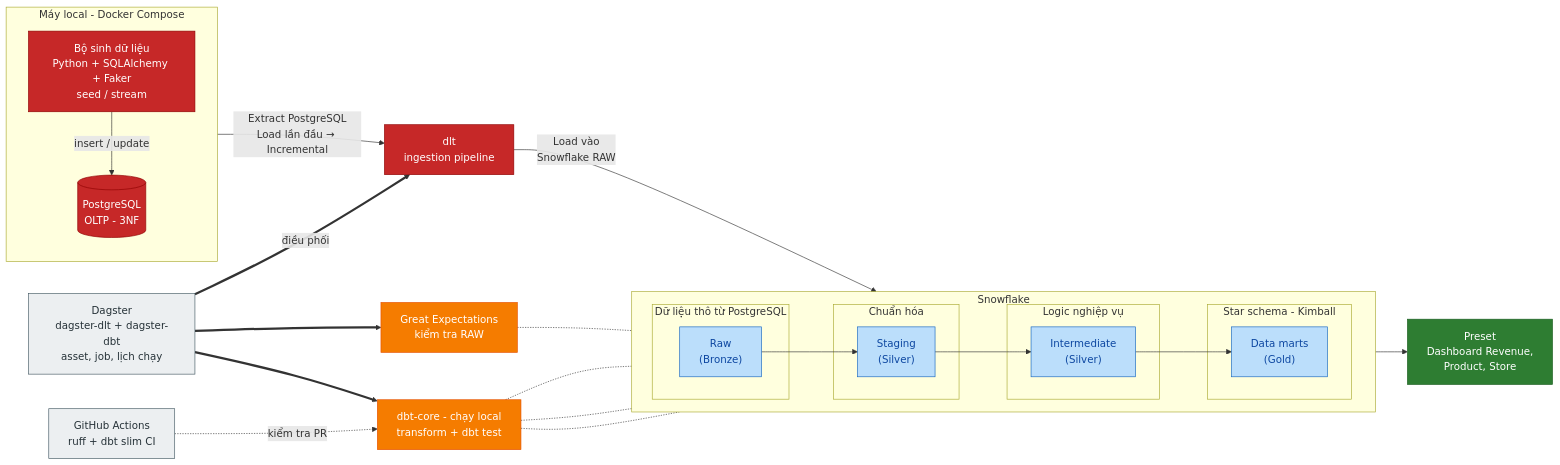
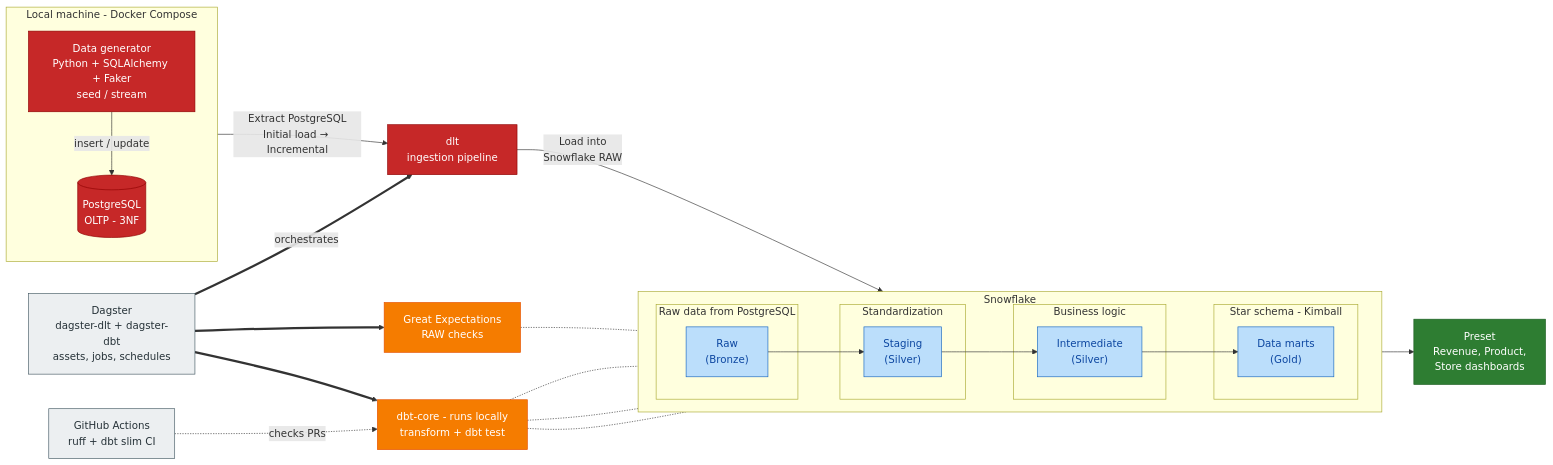
The second of 2 diagrams in README.md (whtbl3/retail-pulse), drawn with Mermaid before and after one commit. The commit also changed other lines of this file and 64 other files, not shown here.

````diff
--- a/README.md
+++ b/README.md
@@ -89,62 +89,62 @@
 ```mermaid
 flowchart LR
-  subgraph LOCAL["Máy local - Docker Compose"]
+  subgraph LOCAL["Local machine - Docker Compose"]
     direction TB
-    GEN["Bộ sinh dữ liệu<br/>Python + SQLAlchemy + Faker<br/>seed / stream"]
+    GEN["Data generator<br/>Python + SQLAlchemy + Faker<br/>seed / stream"]
     PG[("PostgreSQL<br/>OLTP - 3NF")]
     GEN -->|insert / update| PG
   end
 
   DLT["dlt<br/>ingestion pipeline"]
 
-  PG -->|"Extract PostgreSQL<br/>Load lần đầu → Incremental"| DLT
-  DLT -->|"Load vào<br/>Snowflake RAW"| RAW
+  PG -->|"Extract PostgreSQL<br/>Initial load → Incremental"| DLT
+  DLT -->|"Load into<br/>Snowflake RAW"| RAW
 
   subgraph SF["Snowflake"]
     direction LR
-    subgraph L1["Dữ liệu thô từ PostgreSQL"]
+    subgraph L1["Raw data from PostgreSQL"]
       RAW["Raw<br/>(Bronze)"]
     end
-    subgraph L2["Chuẩn hóa"]
+    subgraph L2["Standardization"]
       STG["Staging<br/>(Silver)"]
     end
-    subgraph L3["Logic nghiệp vụ"]
+    subgraph L3["Business logic"]
       INT["Intermediate<br/>(Silver)"]
     end
     subgraph L4["Star schema - Kimball"]
       MART["Data marts<br/>(Gold)"]
     end
     RAW --> STG --> INT --> MART
   end
 
-  BI["Preset<br/>Dashboard Revenue,<br/>Product, Store"]
+  BI["Preset<br/>Revenue, Product,<br/>Store dashboards"]
   MART --> BI
 
-  DBT["dbt-core - chạy local<br/>transform + dbt test"]
-  GE["Great Expectations<br/>kiểm tra RAW"]
+  DBT["dbt-core - runs locally<br/>transform + dbt test"]
+  GE["Great Expectations<br/>RAW checks"]
 
   DBT -.- STG
   DBT -.- INT
   DBT -.- MART
   GE -.- RAW
 
-  DAG["Dagster<br/>dagster-dlt + dagster-dbt<br/>asset, job, lịch chạy"]
+  DAG["Dagster<br/>dagster-dlt + dagster-dbt<br/>assets, jobs, schedules"]
   CI["GitHub Actions<br/>ruff + dbt slim CI"]
 
-  DAG ==>|điều phối| DLT
+  DAG ==>|orchestrates| DLT
   DAG ==> GE
   DAG ==> DBT
-  CI -.->|kiểm tra PR| DBT
+  CI -.->|checks PRs| DBT
 
   classDef src fill:#C62828,stroke:#8E0000,color:#FFFFFF
   classDef layer fill:#BBDEFB,stroke:#1565C0,color:#0D47A1
   classDef tool fill:#F57C00,stroke:#E65100,color:#FFFFFF
   classDef bi fill:#2E7D32,stroke:#1B5E20,color:#FFFFFF
   classDef ops fill:#ECEFF1,stroke:#455A64,color:#263238
 
   class GEN,PG,DLT src
   class RAW,STG,INT,MART layer
   class DBT,GE tool
   class BI bi
   class DAG,CI ops
 ```
````
